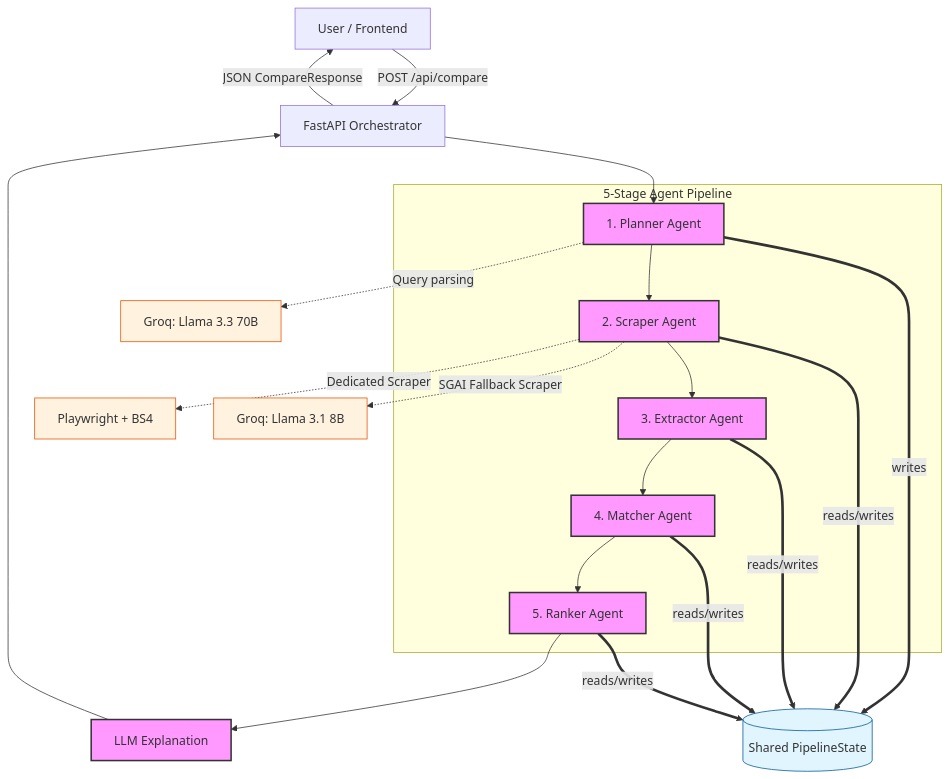
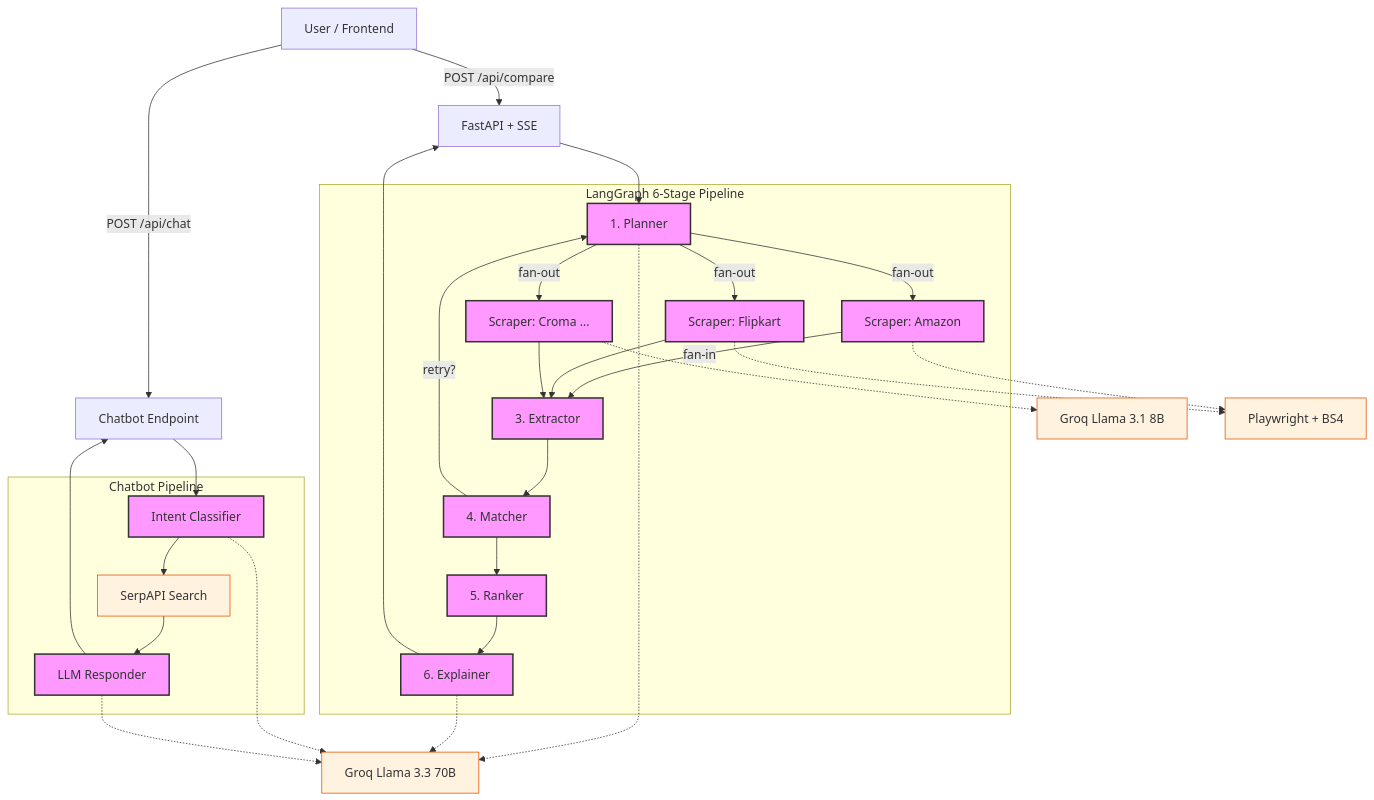
Before and after one commit to SiddharajShirke/Ai-Powered-e-commerce-scraper-: the diagram in README.md, drawn with Mermaid. The commit also changed other lines of this file and 10 other files, not shown here.

Commit message:
AGENT SCRAPER AND CHATBOT IMPLEMENTED

````diff
--- a/README.md
+++ b/README.md
@@ -18,35 +55,40 @@
 ```mermaid
 graph TD
-    classDef agent fill:#f9f,stroke:#333,stroke-width:2px;
-    classDef data fill:#e1f5fe,stroke:#01579b,stroke-width:1px;
-    classDef ext fill:#fff3e0,stroke:#e65100,stroke-width:1px;
-    
-    User[User / Frontend] -->|POST /api/compare| API[FastAPI Orchestrator]
-    
-    subgraph "5-Stage Agent Pipeline"
-        P[1. Planner Agent]:::agent --> S[2. Scraper Agent]:::agent
-        S --> E[3. Extractor Agent]:::agent
-        E --> M[4. Matcher Agent]:::agent
-        M --> R[5. Ranker Agent]:::agent
+    classDef agent fill:#f9f,stroke:#333,stroke-width:2px
+    classDef data fill:#e1f5fe,stroke:#01579b,stroke-width:1px
+    classDef ext fill:#fff3e0,stroke:#e65100,stroke-width:1px
+
+    User[User / Frontend] -->|POST /api/compare| API[FastAPI + SSE]
+    User -->|POST /api/chat| Chat[Chatbot Endpoint]
+
+    subgraph "LangGraph 6-Stage Pipeline"
+        P[1. Planner]:::agent -->|fan-out| S1[Scraper: Amazon]:::agent
+        P -->|fan-out| S2[Scraper: Flipkart]:::agent
+        P -->|fan-out| S3[Scraper: Croma ...]:::agent
+        S1 -->|fan-in| E[3. Extractor]:::agent
+        S2 --> E
+        S3 --> E
+        E --> M[4. Matcher]:::agent
+        M -->|retry?| P
+        M --> R[5. Ranker]:::agent
+        R --> X[6. Explainer]:::agent
     end
-    
+
+    subgraph "Chatbot Pipeline"
+        I[Intent Classifier]:::agent --> SR[SerpAPI Search]:::ext
+        SR --> RE[LLM Responder]:::agent
+    end
+
     API --> P
-    R --> LLM[LLM Explanation]:::agent
-    LLM --> API
-    API -->|JSON CompareResponse| User
-    
-    %% Planner details
-    P -.->|Query parsing| Groq1[Groq: Llama 3.3 70B]:::ext
-    
-    %% Scraper details
-    S -.->|Dedicated Scraper| PW[Playwright + BS4]:::ext
-    S -.->|SGAI Fallback Scraper| Groq2[Groq: Llama 3.1 8B]:::ext
-    
-    %% Shared State
-    State[(Shared PipelineState)]:::data
-    P ==>|writes| State
-    S ==>|reads/writes| State
-    E ==>|reads/writes| State
-    M ==>|reads/writes| State
-    R ==>|reads/writes| State
+    X --> API
+    Chat --> I
+    RE --> Chat
+
+    P -.-> Groq1[Groq Llama 3.3 70B]:::ext
+    S3 -.-> Groq2[Groq Llama 3.1 8B]:::ext
+    X -.-> Groq1
+    I -.-> Groq1
+    RE -.-> Groq1
+    S1 -.-> PW[Playwright + BS4]:::ext
+    S2 -.-> PW
 ```
````
